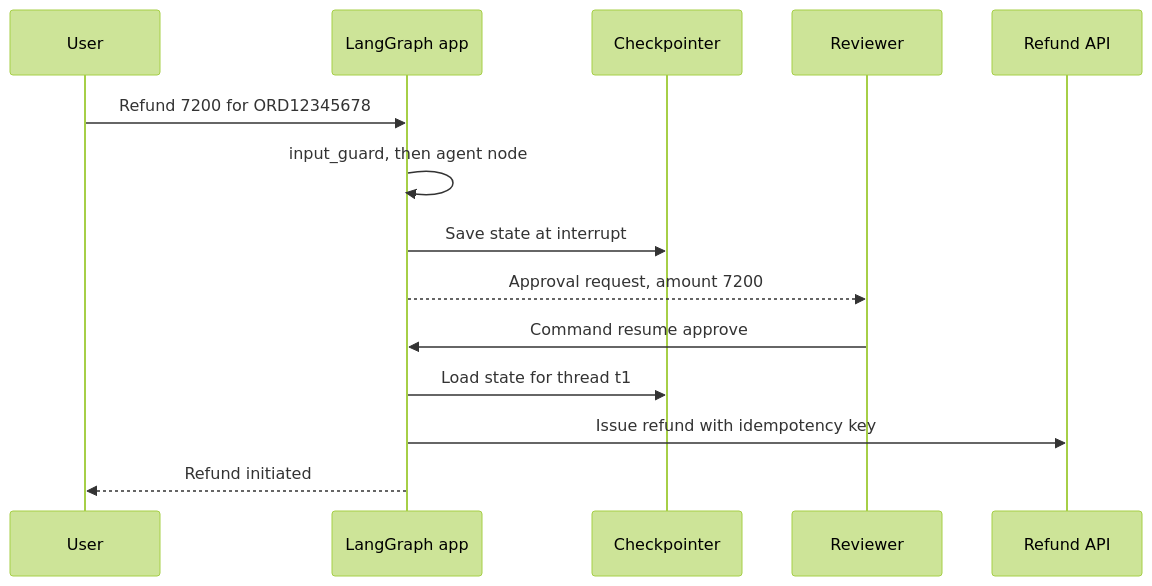
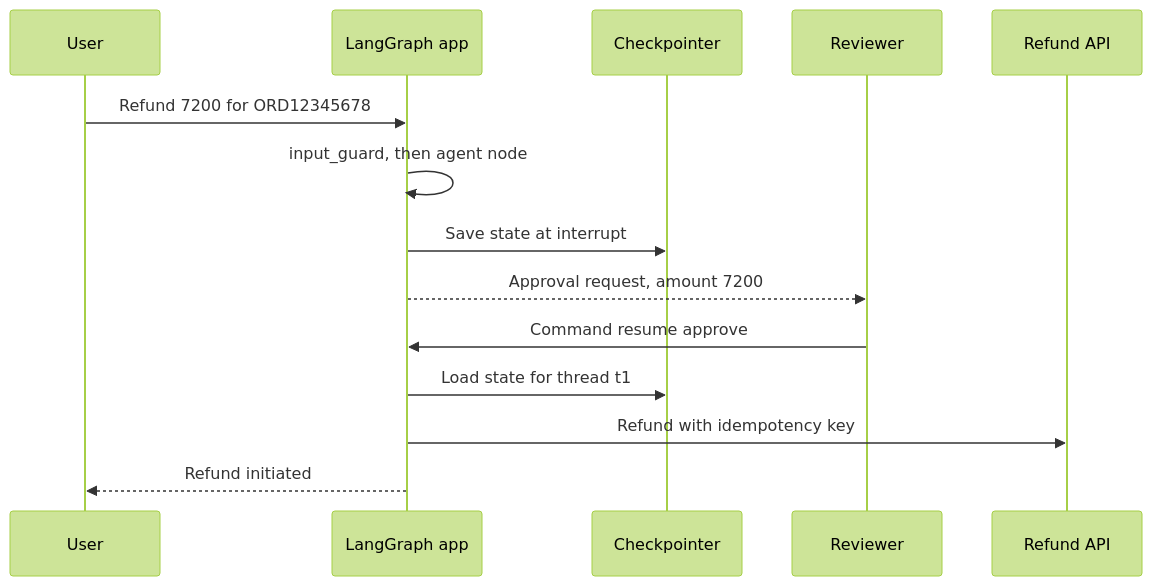
Before and after one commit to flow6979/viewinter: the ninth of 10 diagrams in content-en/11-agentic/08-guardrails.md, drawn with Mermaid (forest theme). The commit also changed other lines of this file and 26 other files, not shown here.

First line of the commit message:
Agentic AI: rewrite all 13 pages to explain from scratch; animate diagrams on every article

````diff
--- a/content-en/11-agentic/08-guardrails.md
+++ b/content-en/11-agentic/08-guardrails.md
@@ -296,16 +531,16 @@
 ```mermaid
 sequenceDiagram
     participant U as User
     participant G as LangGraph app
     participant C as Checkpointer
     participant R as Reviewer
     participant P as Refund API
     U->>G: Refund 7200 for ORD12345678
     G->>G: input_guard, then agent node
     G->>C: Save state at interrupt
     G-->>R: Approval request, amount 7200
     R->>G: Command resume approve
     G->>C: Load state for thread t1
-    G->>P: Issue refund with idempotency key
+    G->>P: Refund with idempotency key
     G-->>U: Refund initiated
 ```
````
